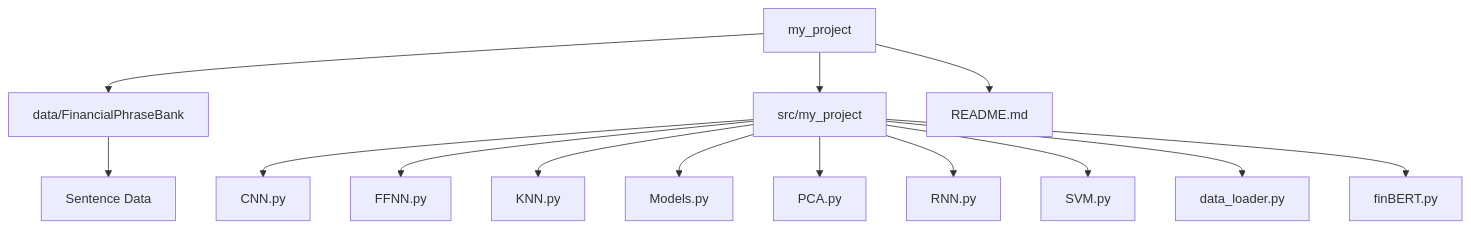
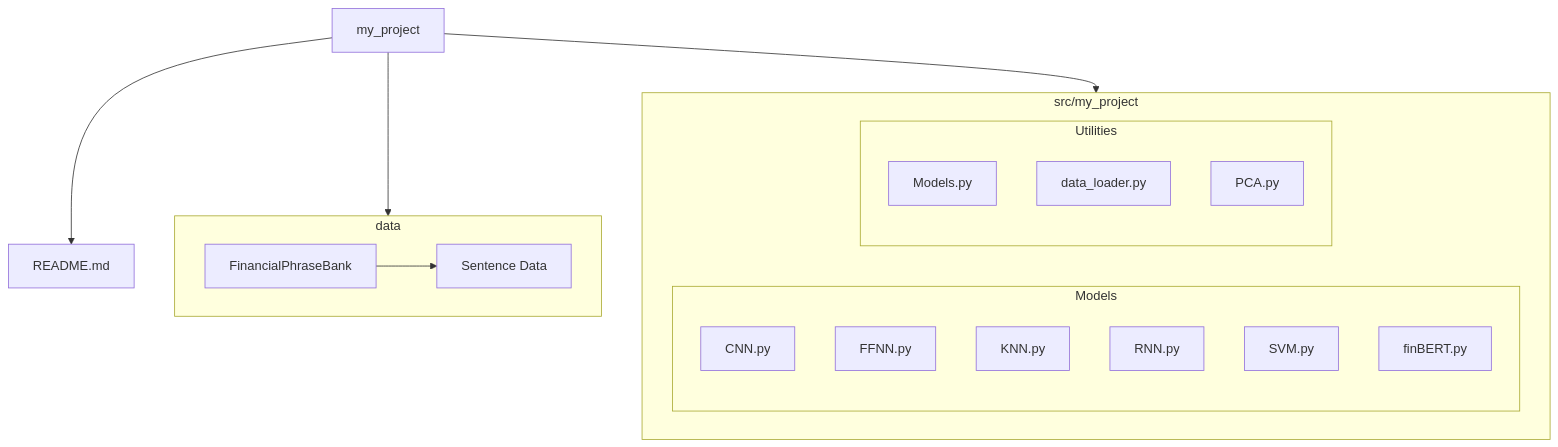
Before and after one commit to archiejthomas/TextSentimentAnalysis: the diagram in README.md, drawn with Mermaid. The commit also changed other lines of this file, not shown here.

````diff
--- a/README.md
+++ b/README.md
@@ -13,19 +11,34 @@
 ```mermaid
-graph TD
+flowchart TD
     A[my_project]
-    A --> B[data/FinancialPhraseBank]
-    A --> C[src/my_project]
-    A --> D[README.md]
 
-    B --> E[Sentence Data]
+    subgraph D[data]
+        B[FinancialPhraseBank]
+        C[Sentence Data]
+        B --> C
+    end
 
-    C --> F[CNN.py]
-    C --> G[FFNN.py]
-    C --> H[KNN.py]
-    C --> I[Models.py]
-    C --> J[PCA.py]
-    C --> K[RNN.py]
-    C --> L[SVM.py]
-    C --> M[data_loader.py]
-    C --> N[finBERT.py]
+    subgraph S[src/my_project]
+        subgraph M[Models]
+            D1[CNN.py]
+            D2[FFNN.py]
+            D3[KNN.py]
+            D4[RNN.py]
+            D5[SVM.py]
+            D6[finBERT.py]
+        end
+
+        subgraph U[Utilities]
+            E1[Models.py]
+            E2[data_loader.py]
+            E3[PCA.py]
+        end
+    end
+
+    F[README.md]
+
+    A --> D
+    A --> S
+    A --> F
+
 ```
````
